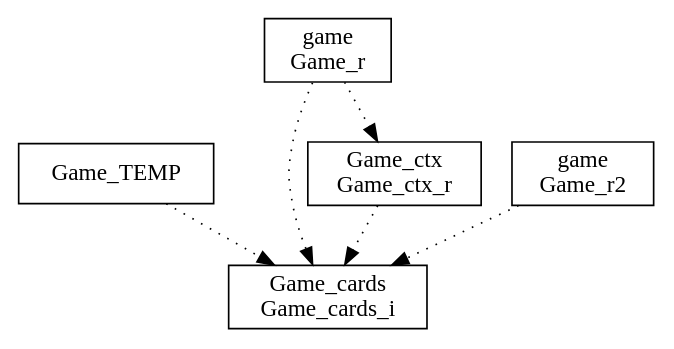
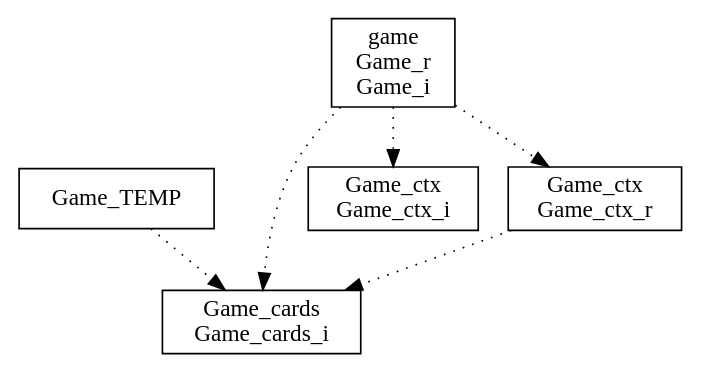
One commit to NalbertLeal/game-21-b-method changed the diagram in bdp/game21.dot. Above: the diagram before and after it, drawn with Graphviz. The commit also changed 132 other files, not shown here.

```diff
--- a/bdp/game21.dot
+++ b/bdp/game21.dot
@@ -1,13 +1,13 @@
 digraph {
 Game_TEMP [ label=" Game_TEMP " shape= box ]
 Game_cards_i [ label=" Game_cards\nGame_cards_i " shape= box ]
+Game_ctx_i [ label=" Game_ctx\nGame_ctx_i " shape= box ]
 Game_ctx_r [ label=" Game_ctx\nGame_ctx_r " shape= box ]
-Game_r [ label=" game\nGame_r " shape= box ]
-Game_r2 [ label=" game\nGame_r2 " shape= box ]
+Game_i [ label=" game\nGame_r\nGame_i " shape= box ]
 
 "Game_TEMP" -> "Game_cards_i" [style= dotted ]
 "Game_ctx_r" -> "Game_cards_i" [style= dotted ]
-"Game_r" -> "Game_ctx_r" [style= dotted ]
-"Game_r" -> "Game_cards_i" [style= dotted ]
-"Game_r2" -> "Game_cards_i" [style= dotted ]
+"Game_i" -> "Game_ctx_i" [style= dotted ]
+"Game_i" -> "Game_ctx_r" [style= dotted ]
+"Game_i" -> "Game_cards_i" [style= dotted ]
 }
```
